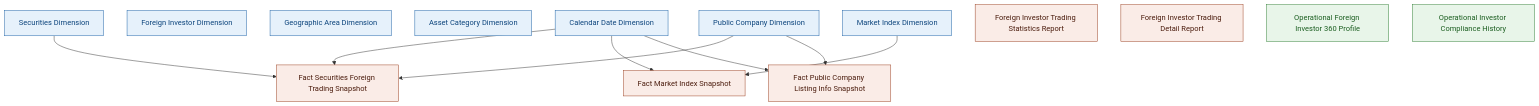
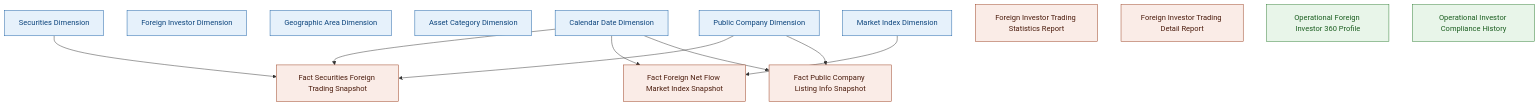
One commit to linhlvit/ubck_atomic_design changed diagram 30 of 30 in Datamart/hld/DTM_NDTNN_HLD.md. Above: the diagram before and after it, drawn with Mermaid. The commit also changed other lines of this file and 9 other files, not shown here.

````diff
--- a/Datamart/hld/DTM_NDTNN_HLD.md
+++ b/Datamart/hld/DTM_NDTNN_HLD.md
@@ -2004,33 +2013,33 @@
 ```mermaid
 graph TB
     classDef dim fill:#E6F1FB,stroke:#185FA5,color:#0C447C
     classDef fact fill:#FAECE7,stroke:#993C1D,color:#4A1B0C
     classDef oper fill:#E8F5E9,stroke:#2E7D32,color:#1B5E20
 
     DIM_DATE["Calendar Date Dimension"]:::dim
     DIM_INVESTOR["Foreign Investor Dimension"]:::dim
     DIM_GEO["Geographic Area Dimension"]:::dim
     DIM_ASSET["Asset Category Dimension"]:::dim
     DIM_PUBCO["Public Company Dimension"]:::dim
     DIM_SECURITIES["Securities Dimension"]:::dim
     DIM_MKTIDX["Market Index Dimension"]:::dim
 
     FACT_TRADE["Fact Securities Foreign Trading Snapshot"]:::fact
-    FACT_MKTIDX["Fact Market Index Snapshot"]:::fact
+    FACT_NETFLOW["Fact Foreign Net Flow Market Index Snapshot"]:::fact
     FACT_TRADESTAT["Foreign Investor Trading Statistics Report"]:::fact
     FACT_TRADEDETAIL["Foreign Investor Trading Detail Report"]:::fact
     FACT_LISTINGINFO["Fact Public Company Listing Info Snapshot"]:::fact
 
     OPR_PROFILE["Operational Foreign Investor 360 Profile"]:::oper
     OPR_COMPLY["Operational Investor Compliance History"]:::oper
 
     DIM_DATE --> FACT_TRADE
     DIM_PUBCO --> FACT_TRADE
     DIM_SECURITIES --> FACT_TRADE
 
-    DIM_DATE --> FACT_MKTIDX
-    DIM_MKTIDX --> FACT_MKTIDX
+    DIM_DATE --> FACT_NETFLOW
+    DIM_MKTIDX --> FACT_NETFLOW
 
     DIM_DATE --> FACT_LISTINGINFO
     DIM_PUBCO --> FACT_LISTINGINFO
 ```
````
